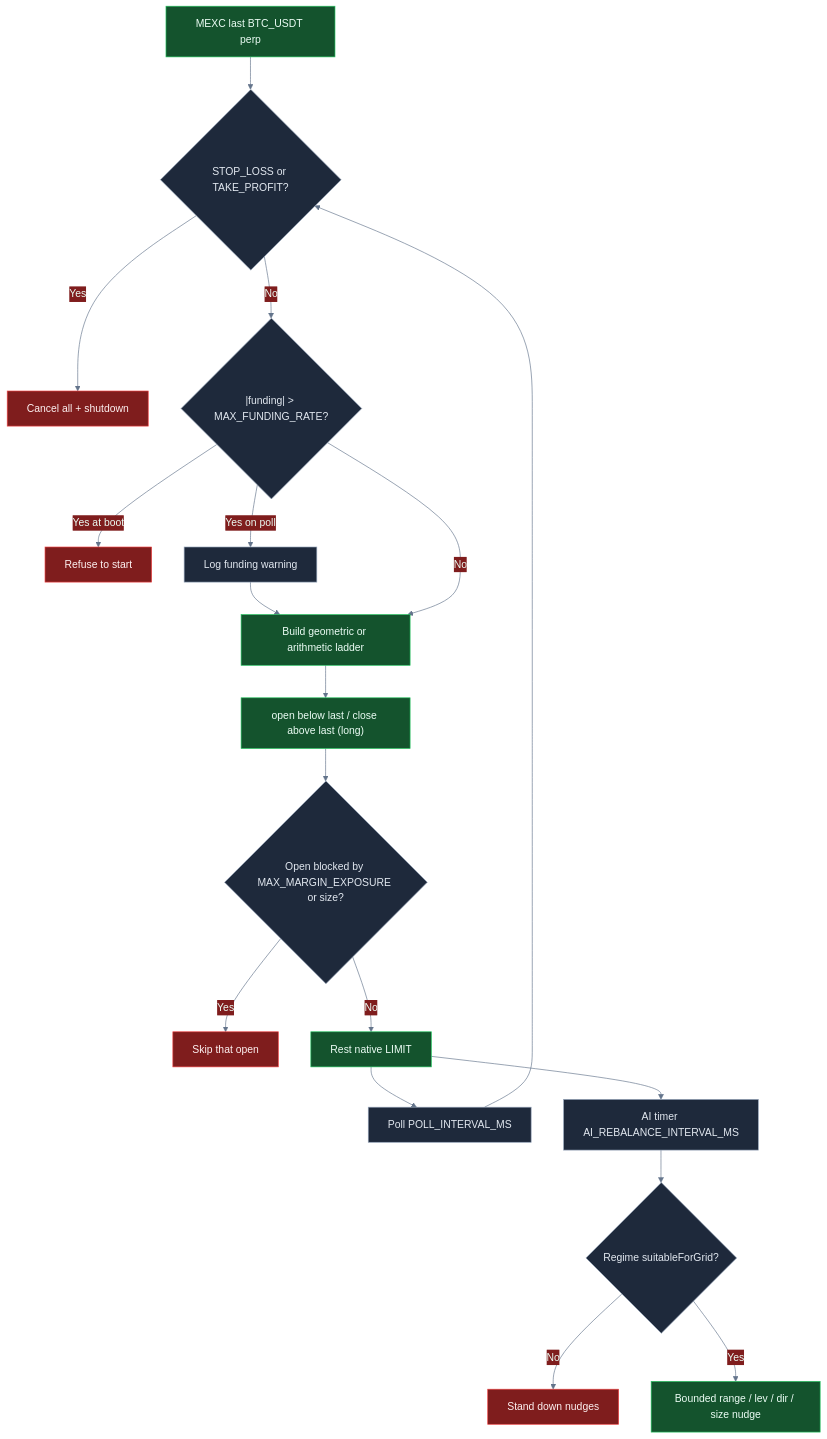
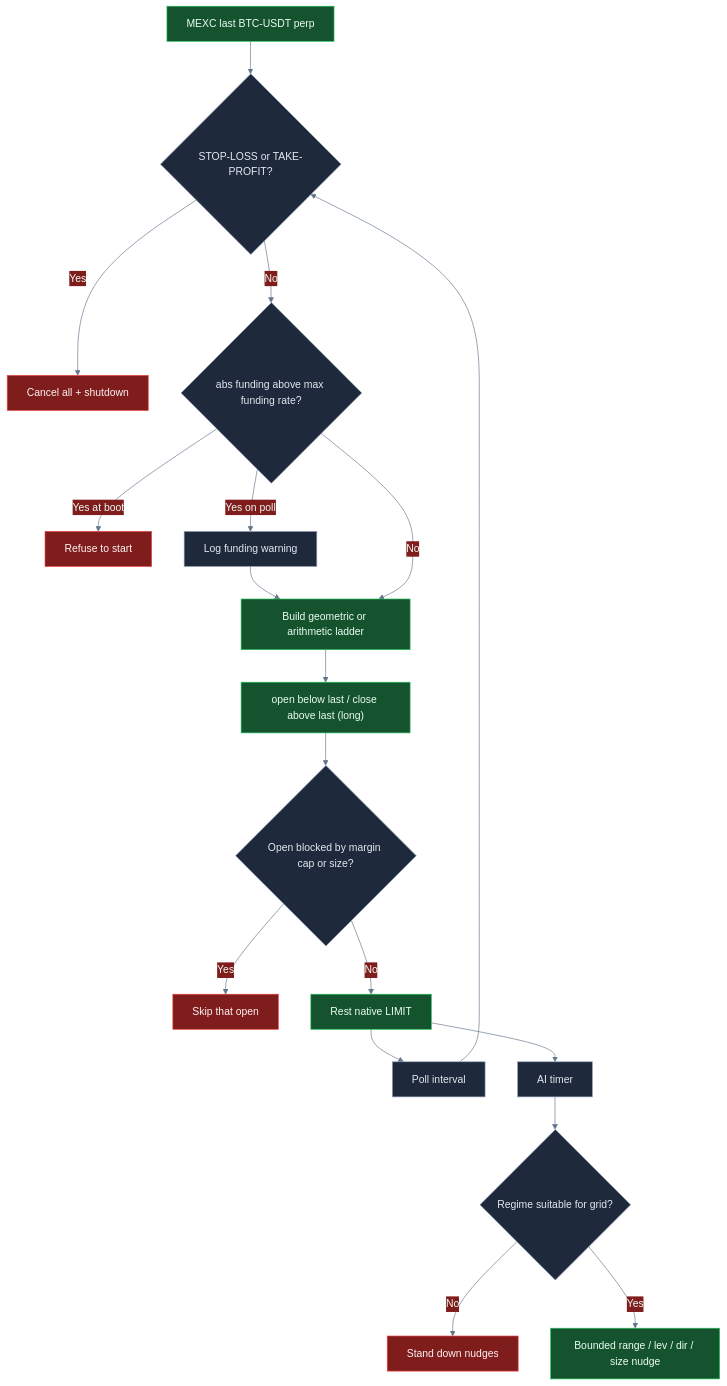
Before and after one commit to MEXC-Trading-Tools/MEXC-futures-grid-ai-trading-bot: the diagram in README.md, drawn with Mermaid. The commit also changed other lines of this file, not shown here.

````diff
--- a/README.md
+++ b/README.md
@@ -279,24 +279,24 @@
 ```mermaid
 %%{init: {"theme":"base","themeVariables":{"primaryColor":"#14532d","primaryTextColor":"#ecfdf5","primaryBorderColor":"#22c55e","lineColor":"#64748b","secondaryColor":"#7f1d1d","tertiaryColor":"#1e293b"}}}%%
 flowchart TD
-  A["MEXC last BTC_USDT perp"]:::go --> B{"STOP_LOSS or TAKE_PROFIT?"}:::mid
+  A["MEXC last BTC-USDT perp"]:::go --> B{"STOP-LOSS or TAKE-PROFIT?"}:::mid
   B -->|Yes| C["Cancel all + shutdown"]:::stop
-  B -->|No| D{"|funding| > MAX_FUNDING_RATE?"}:::mid
+  B -->|No| D{"abs funding above max funding rate?"}:::mid
   D -->|Yes at boot| E["Refuse to start"]:::stop
   D -->|Yes on poll| F["Log funding warning"]:::mid
   F --> G["Build geometric or arithmetic ladder"]:::go
   D -->|No| G
   G --> H["open below last / close above last (long)"]:::go
-  H --> I{"Open blocked by MAX_MARGIN_EXPOSURE or size?"}:::mid
+  H --> I{"Open blocked by margin cap or size?"}:::mid
   I -->|Yes| J["Skip that open"]:::stop
   I -->|No| K["Rest native LIMIT"]:::go
-  K --> L["Poll POLL_INTERVAL_MS"]:::mid
+  K --> L["Poll interval"]:::mid
   L --> B
-  K --> M["AI timer AI_REBALANCE_INTERVAL_MS"]:::mid
-  M --> N{"Regime suitableForGrid?"}:::mid
+  K --> M["AI timer"]:::mid
+  M --> N{"Regime suitable for grid?"}:::mid
   N -->|No| O["Stand down nudges"]:::stop
   N -->|Yes| P["Bounded range / lev / dir / size nudge"]:::go
   classDef go fill:#14532d,stroke:#22c55e,color:#ecfdf5
   classDef stop fill:#7f1d1d,stroke:#ef4444,color:#fef2f2
   classDef mid fill:#1e293b,stroke:#94a3b8,color:#e2e8f0
 ```
````
